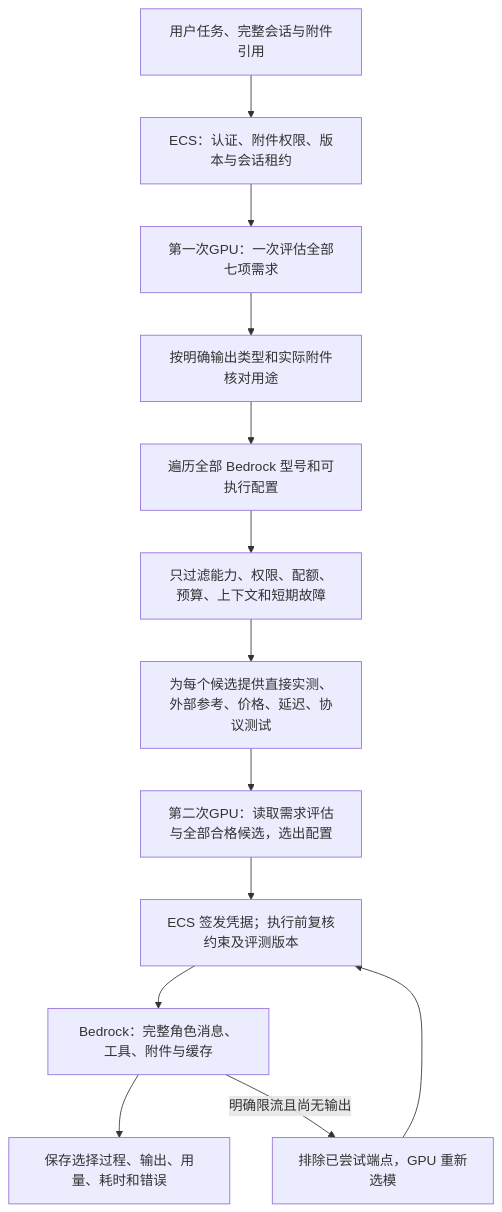
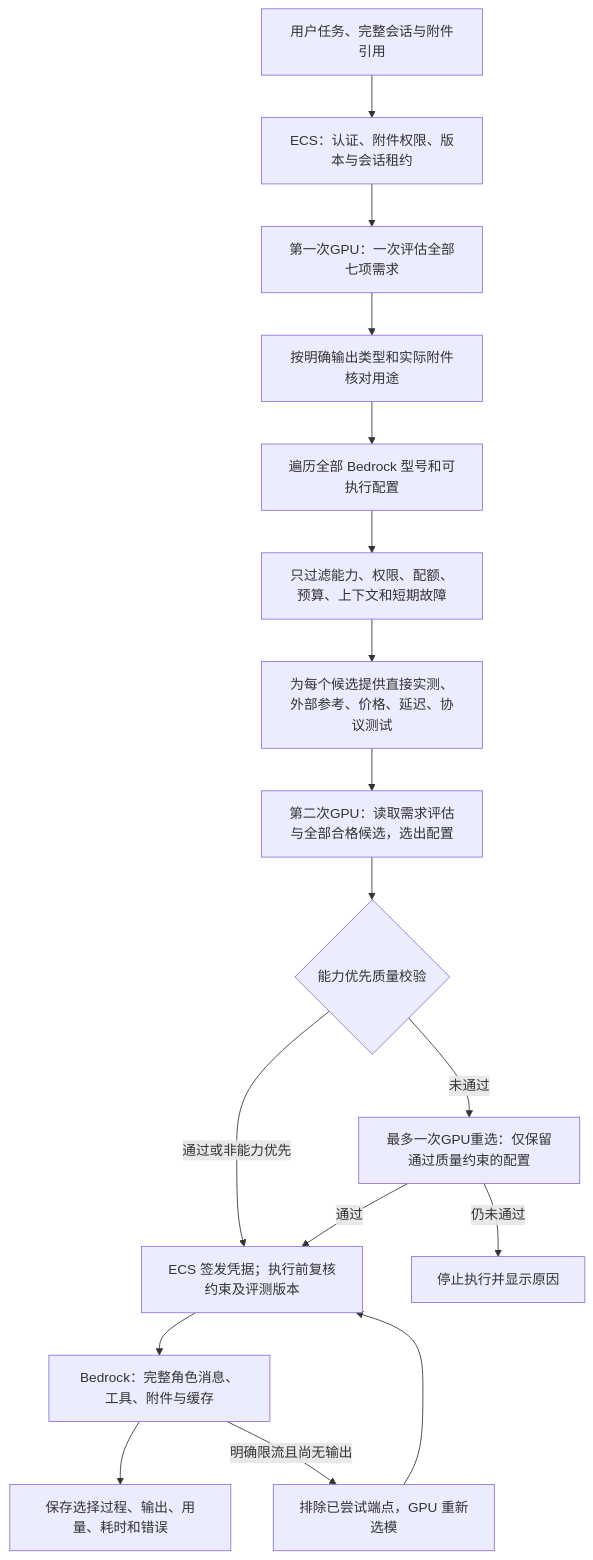
The diagram in docs/BEDROCK_CLASSIFIED_ROUTING.zh.md (milan9527/DeciderModelRouter), drawn with Mermaid before and after one commit. The commit also changed other lines of this file and 237 other files, not shown here.

````diff
--- a/docs/BEDROCK_CLASSIFIED_ROUTING.zh.md
+++ b/docs/BEDROCK_CLASSIFIED_ROUTING.zh.md
@@ -11,15 +11,19 @@
 ```mermaid
 flowchart TD
     A[用户任务、完整会话与附件引用] --> B[ECS：认证、附件权限、版本与会话租约]
     B --> C[第一次GPU：一次评估全部七项需求]
     C --> D[按明确输出类型和实际附件核对用途]
     D --> E[遍历全部 Bedrock 型号和可执行配置]
     E --> F[只过滤能力、权限、配额、预算、上下文和短期故障]
     F --> G[为每个候选提供直接实测、外部参考、价格、延迟、协议测试]
     G --> I[第二次GPU：读取需求评估与全部合格候选，选出配置]
-    I --> J[ECS 签发凭据；执行前复核约束及评测版本]
+    I --> Q{能力优先质量校验}
+    Q -->|通过或非能力优先| J[ECS 签发凭据；执行前复核约束及评测版本]
+    Q -->|未通过| R[最多一次GPU重选：仅保留通过质量约束的配置]
+    R -->|通过| J
+    R -->|仍未通过| S[停止执行并显示原因]
     J --> K[Bedrock：完整角色消息、工具、附件与缓存]
     K --> L[保存选择过程、输出、用量、耗时和错误]
     K -->|明确限流且尚无输出| M[排除已尝试端点，GPU 重新选模]
     M --> J
 ```
````
